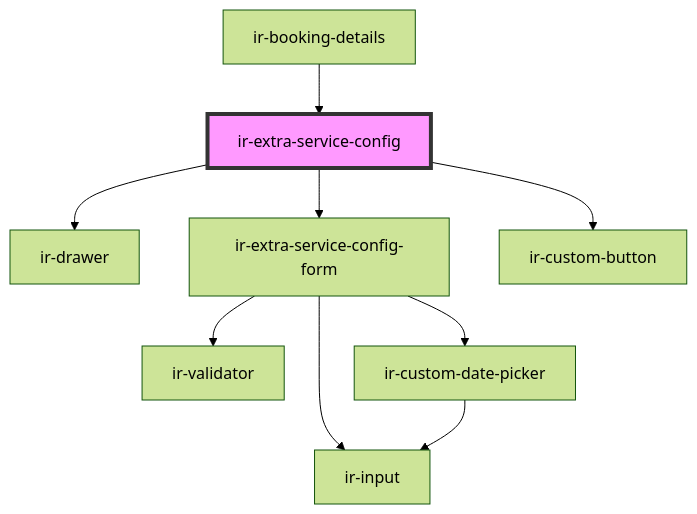
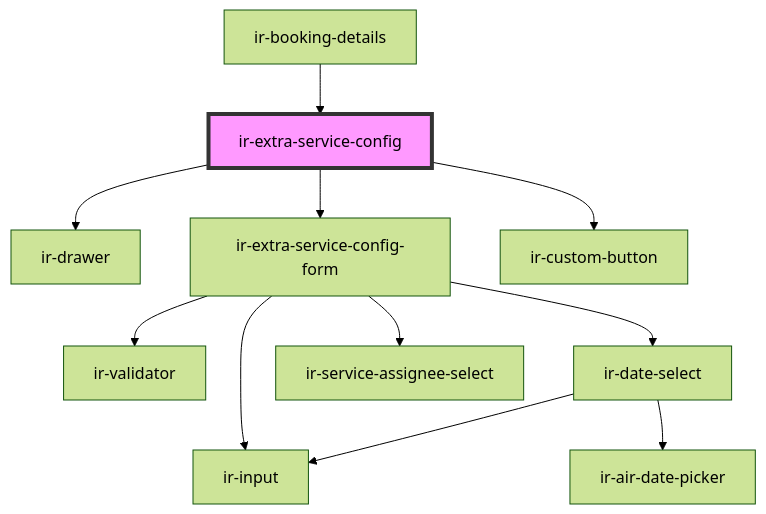
One commit to RonyRizk/ir-webcmp changed the diagram in src/components/ir-booking-details/ir-extra-services/ir-extra-service-config/readme.md. Above: the diagram before and after it, drawn with Mermaid (forest theme). The commit also changed other lines of this file and 586 other files, not shown here.

````diff
--- a/src/components/ir-booking-details/ir-extra-services/ir-extra-service-config/readme.md
+++ b/src/components/ir-booking-details/ir-extra-services/ir-extra-service-config/readme.md
@@ -37,12 +38,14 @@
 ```mermaid
 graph TD;
   ir-extra-service-config --> ir-drawer
   ir-extra-service-config --> ir-extra-service-config-form
   ir-extra-service-config --> ir-custom-button
   ir-extra-service-config-form --> ir-validator
-  ir-extra-service-config-form --> ir-custom-date-picker
+  ir-extra-service-config-form --> ir-date-select
   ir-extra-service-config-form --> ir-input
-  ir-custom-date-picker --> ir-input
+  ir-extra-service-config-form --> ir-service-assignee-select
+  ir-date-select --> ir-input
+  ir-date-select --> ir-air-date-picker
   ir-booking-details --> ir-extra-service-config
   style ir-extra-service-config fill:#f9f,stroke:#333,stroke-width:4px
 ```
````
